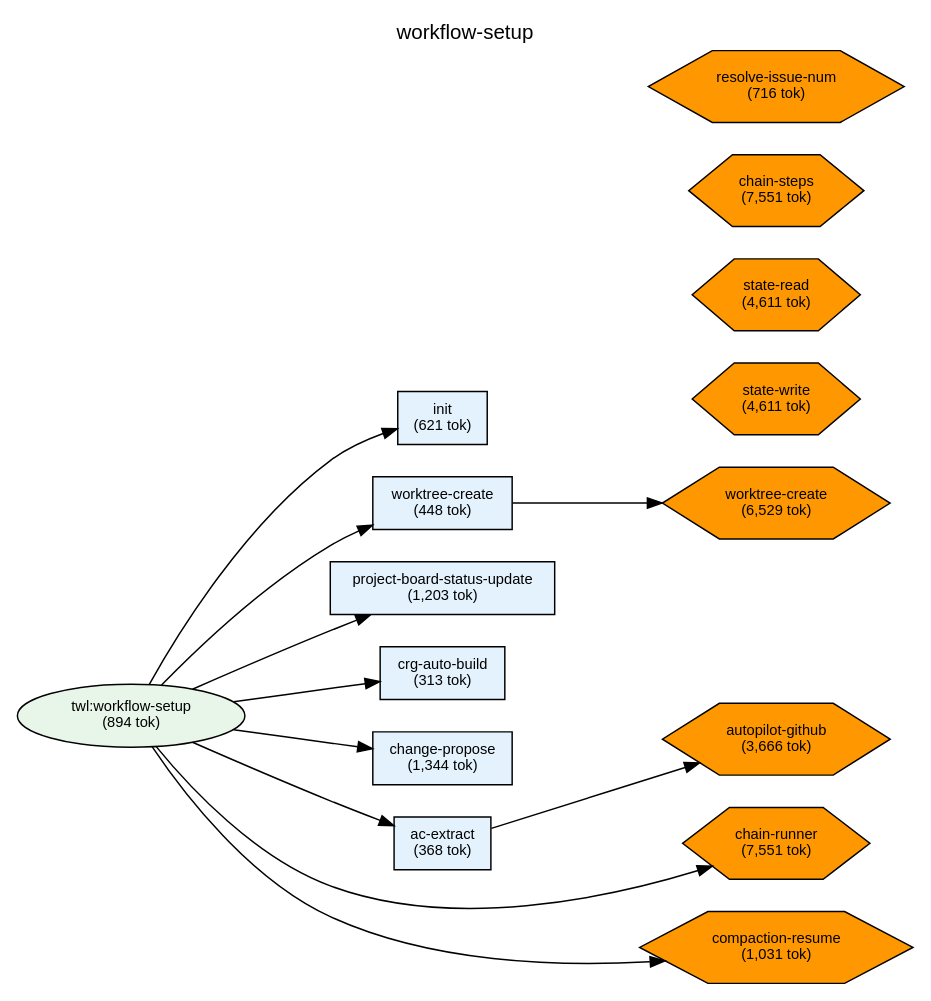
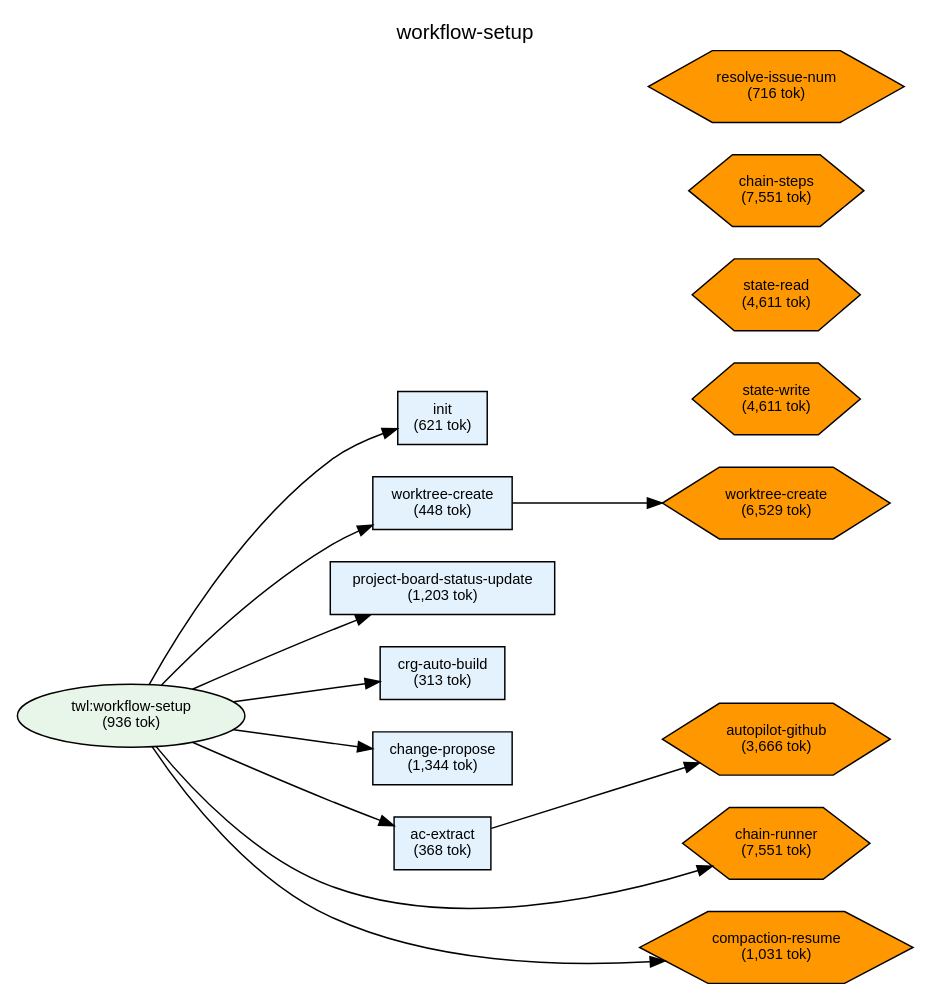
Before and after one commit to shuu5/twill: the diagram in plugins/twl/docs/deps-workflow-setup.dot, drawn with Graphviz. The commit also changed 19 other files, not shown here.

```diff
--- a/plugins/twl/docs/deps-workflow-setup.dot
+++ b/plugins/twl/docs/deps-workflow-setup.dot
@@ -1,78 +1,78 @@
 digraph Dependencies {
     // Graph settings
     rankdir=LR;
     ranksep=0.8;
     nodesep=0.3;
     fontname="Helvetica";
     node [fontname="Helvetica", fontsize=10];
     edge [fontname="Helvetica", fontsize=9];
     label="workflow-setup";
     labelloc=t;
     fontsize=14;
 
     // L0: Controller Skills
 
     // L0: Launchers
 
     // L0.5: Workflow Skills
-    skill_workflow_setup [label="twl:workflow-setup\n(894 tok)", shape=ellipse, style=filled, fillcolor="#e8f5e9"];
+    skill_workflow_setup [label="twl:workflow-setup\n(936 tok)", shape=ellipse, style=filled, fillcolor="#e8f5e9"];
 
     // Reference Skills
 
     // L1: Direct Commands
     cmd_init [label="init\n(621 tok)", shape=box, style=filled, fillcolor="#e3f2fd"];
     cmd_worktree_create [label="worktree-create\n(448 tok)", shape=box, style=filled, fillcolor="#e3f2fd"];
     cmd_project_board_status_update [label="project-board-status-update\n(1,203 tok)", shape=box, style=filled, fillcolor="#e3f2fd"];
     cmd_crg_auto_build [label="crg-auto-build\n(313 tok)", shape=box, style=filled, fillcolor="#e3f2fd"];
     cmd_change_propose [label="change-propose\n(1,344 tok)", shape=box, style=filled, fillcolor="#e3f2fd"];
     cmd_ac_extract [label="ac-extract\n(368 tok)", shape=box, style=filled, fillcolor="#e3f2fd"];
 
     // L2: Sub Commands
 
     // L3: Agents
 
     // L3.5: Scripts
     script_state_read [label="state-read\n(4,611 tok)", shape=hexagon, style=filled, fillcolor="#FF9800"];
     script_state_write [label="state-write\n(4,611 tok)", shape=hexagon, style=filled, fillcolor="#FF9800"];
     script_chain_runner [label="chain-runner\n(7,551 tok)", shape=hexagon, style=filled, fillcolor="#FF9800"];
     script_worktree_create [label="worktree-create\n(6,529 tok)", shape=hexagon, style=filled, fillcolor="#FF9800"];
     script_autopilot_github [label="autopilot-github\n(3,666 tok)", shape=hexagon, style=filled, fillcolor="#FF9800"];
     script_chain_steps [label="chain-steps\n(7,551 tok)", shape=hexagon, style=filled, fillcolor="#FF9800"];
     script_compaction_resume [label="compaction-resume\n(1,031 tok)", shape=hexagon, style=filled, fillcolor="#FF9800"];
     script_resolve_issue_num [label="resolve-issue-num\n(716 tok)", shape=hexagon, style=filled, fillcolor="#FF9800"];
 
     // L4: External
 
     // Layer constraints
     { rank=same; skill_workflow_setup; }
     { rank=same; cmd_init; cmd_worktree_create; cmd_project_board_status_update; cmd_crg_auto_build; cmd_change_propose; cmd_ac_extract; }
     { rank=same; script_state_read; script_state_write; script_chain_runner; script_worktree_create; script_autopilot_github; script_chain_steps; script_compaction_resume; script_resolve_issue_num; }
 
     // Edges
     skill_workflow_setup -> cmd_init;
     skill_workflow_setup -> cmd_worktree_create;
     skill_workflow_setup -> cmd_project_board_status_update;
     skill_workflow_setup -> cmd_crg_auto_build;
     skill_workflow_setup -> cmd_change_propose;
     skill_workflow_setup -> cmd_ac_extract;
     skill_workflow_setup -> script_chain_runner;
     skill_workflow_setup -> script_compaction_resume;
     cmd_worktree_create -> script_worktree_create;
     cmd_ac_extract -> script_autopilot_github;
 
     // Ordering constraints (invisible edges)
     cmd_init -> cmd_worktree_create [style=invis, weight=10];
     cmd_worktree_create -> cmd_project_board_status_update [style=invis, weight=10];
     cmd_project_board_status_update -> cmd_crg_auto_build [style=invis, weight=10];
     cmd_crg_auto_build -> cmd_change_propose [style=invis, weight=10];
     cmd_change_propose -> cmd_ac_extract [style=invis, weight=10];
     cmd_ac_extract -> script_chain_runner [style=invis, weight=10];
     script_chain_runner -> script_compaction_resume [style=invis, weight=10];
     script_chain_runner -> script_compaction_resume [style=invis, weight=10];
     script_chain_runner -> script_compaction_resume [style=invis, weight=10];
     script_chain_runner -> script_compaction_resume [style=invis, weight=10];
     script_state_read -> script_state_write [style=invis, weight=10];
     script_state_read -> script_state_write [style=invis, weight=10];
     script_state_read -> script_state_write [style=invis, weight=10];
 
 }
```
